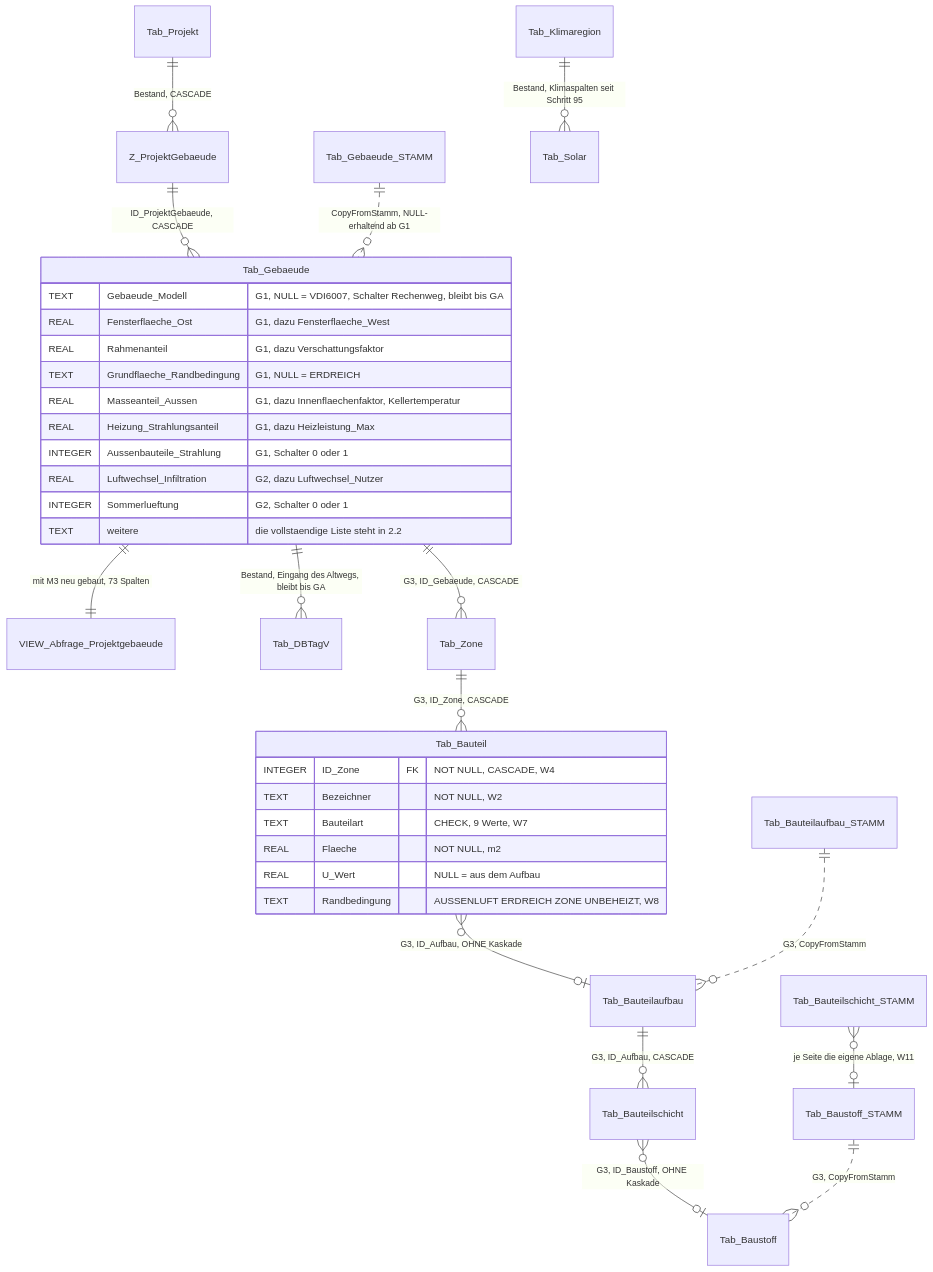
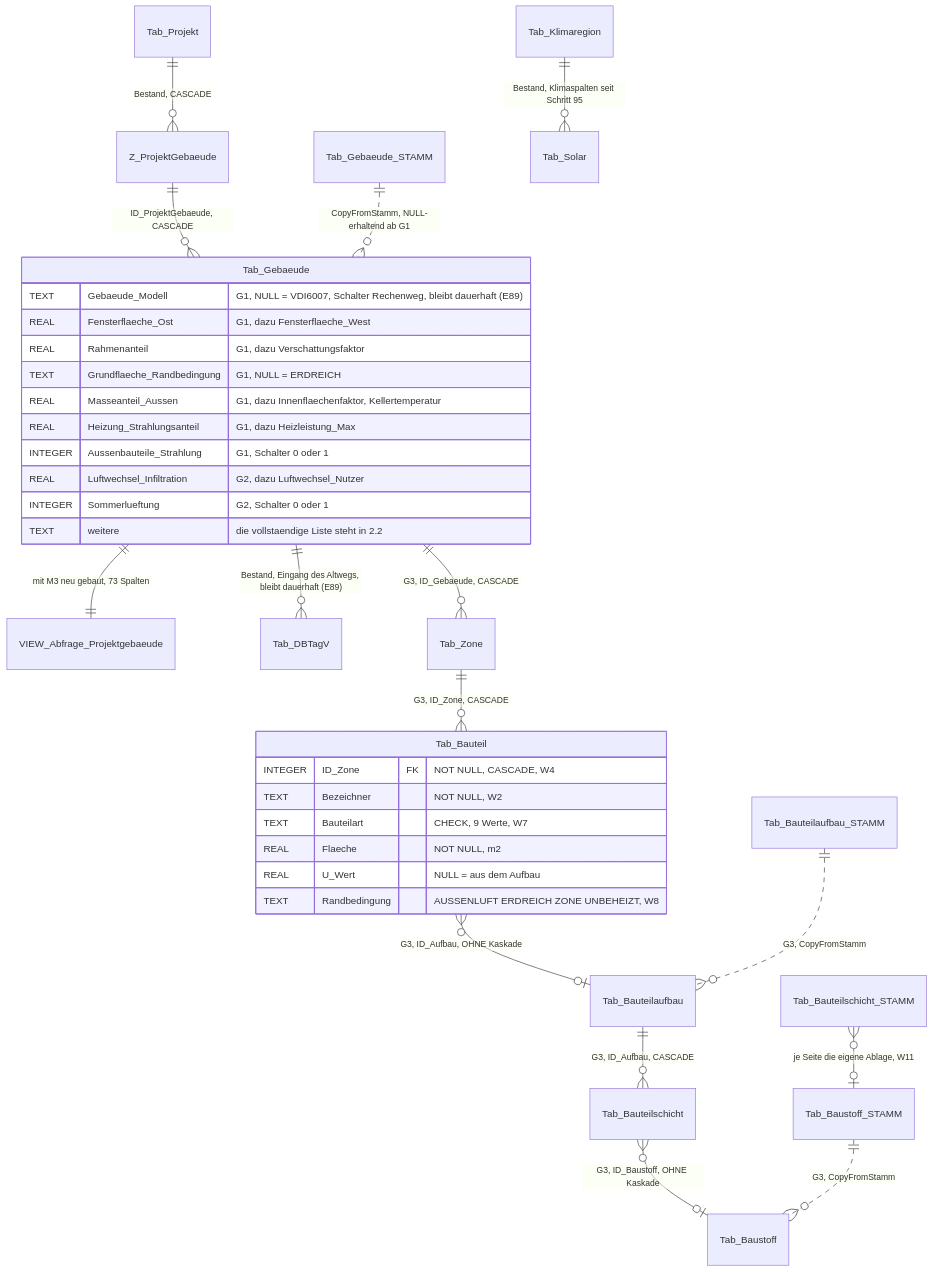
One commit to inekon/EPOS-Plan changed the fifth of 16 diagrams in Dokumentation/aktuell/Softwarearchitektur_Gebaeudesimulation_EPOS-Plan.md. Above: the diagram before and after it, drawn with Mermaid. The commit also changed other lines of this file, not shown here.

````diff
--- a/Dokumentation/aktuell/Softwarearchitektur_Gebaeudesimulation_EPOS-Plan.md
+++ b/Dokumentation/aktuell/Softwarearchitektur_Gebaeudesimulation_EPOS-Plan.md
@@ -818,37 +815,37 @@
 ```mermaid
 erDiagram
     Tab_Projekt ||--o{ Z_ProjektGebaeude : "Bestand, CASCADE"
     Z_ProjektGebaeude ||--o{ Tab_Gebaeude : "ID_ProjektGebaeude, CASCADE"
     Tab_Gebaeude_STAMM ||..o{ Tab_Gebaeude : "CopyFromStamm, NULL-erhaltend ab G1"
     Tab_Gebaeude ||--|| VIEW_Abfrage_Projektgebaeude : "mit M3 neu gebaut, 73 Spalten"
-    Tab_Gebaeude ||--o{ Tab_DBTagV : "Bestand, Eingang des Altwegs, bleibt bis GA"
+    Tab_Gebaeude ||--o{ Tab_DBTagV : "Bestand, Eingang des Altwegs, bleibt dauerhaft (E89)"
     Tab_Klimaregion ||--o{ Tab_Solar : "Bestand, Klimaspalten seit Schritt 95"
     Tab_Gebaeude ||--o{ Tab_Zone : "G3, ID_Gebaeude, CASCADE"
     Tab_Zone ||--o{ Tab_Bauteil : "G3, ID_Zone, CASCADE"
     Tab_Bauteil }o--o| Tab_Bauteilaufbau : "G3, ID_Aufbau, OHNE Kaskade"
     Tab_Bauteilaufbau ||--o{ Tab_Bauteilschicht : "G3, ID_Aufbau, CASCADE"
     Tab_Bauteilschicht }o--o| Tab_Baustoff : "G3, ID_Baustoff, OHNE Kaskade"
     Tab_Baustoff_STAMM ||..o{ Tab_Baustoff : "G3, CopyFromStamm"
     Tab_Bauteilaufbau_STAMM ||..o{ Tab_Bauteilaufbau : "G3, CopyFromStamm"
     Tab_Bauteilschicht_STAMM }o--o| Tab_Baustoff_STAMM : "je Seite die eigene Ablage, W11"
     Tab_Gebaeude {
-        TEXT Gebaeude_Modell "G1, NULL = VDI6007, Schalter Rechenweg, bleibt bis GA"
+        TEXT Gebaeude_Modell "G1, NULL = VDI6007, Schalter Rechenweg, bleibt dauerhaft (E89)"
         REAL Fensterflaeche_Ost "G1, dazu Fensterflaeche_West"
         REAL Rahmenanteil "G1, dazu Verschattungsfaktor"
         TEXT Grundflaeche_Randbedingung "G1, NULL = ERDREICH"
         REAL Masseanteil_Aussen "G1, dazu Innenflaechenfaktor, Kellertemperatur"
         REAL Heizung_Strahlungsanteil "G1, dazu Heizleistung_Max"
         INTEGER Aussenbauteile_Strahlung "G1, Schalter 0 oder 1"
         REAL Luftwechsel_Infiltration "G2, dazu Luftwechsel_Nutzer"
         INTEGER Sommerlueftung "G2, Schalter 0 oder 1"
         TEXT weitere "die vollstaendige Liste steht in 2.2"
     }
     Tab_Bauteil {
         INTEGER ID_Zone FK "NOT NULL, CASCADE, W4"
         TEXT Bezeichner "NOT NULL, W2"
         TEXT Bauteilart "CHECK, 9 Werte, W7"
         REAL Flaeche "NOT NULL, m2"
         REAL U_Wert "NULL = aus dem Aufbau"
         TEXT Randbedingung "AUSSENLUFT ERDREICH ZONE UNBEHEIZT, W8"
     }
 ```
````
